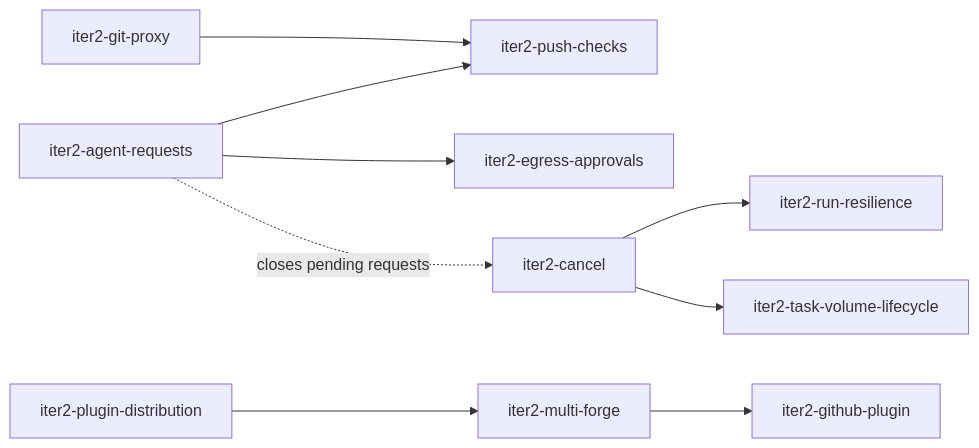
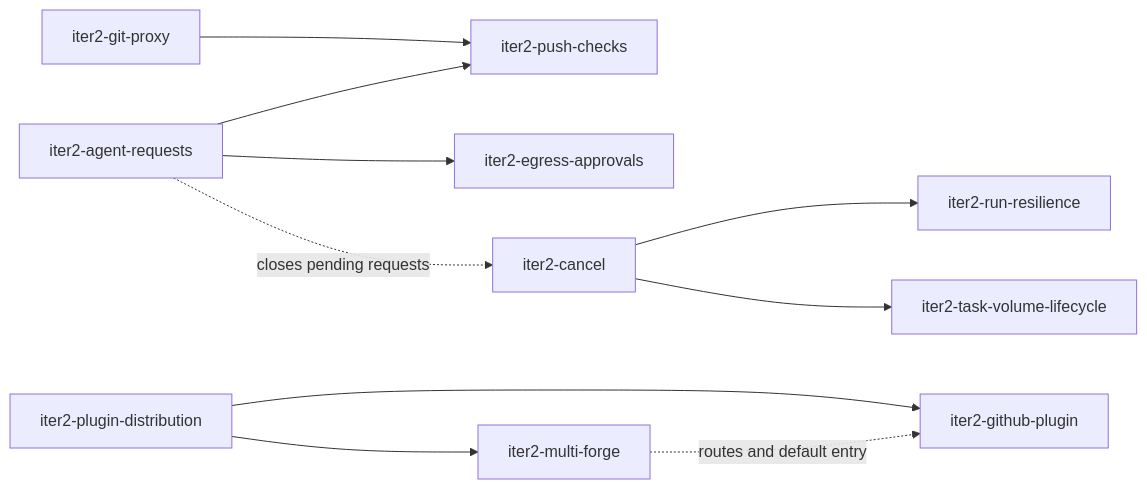
Before and after one commit to prskr/dark-factory: the diagram in product/iterations/iteration-2.md, drawn with Mermaid. The commit also changed other lines of this file and 4 other files, not shown here.

First line of the commit message:
docs(openspec): build the GitHub plugin in parallel to iter2-multi-forge

````diff
--- a/product/iterations/iteration-2.md
+++ b/product/iterations/iteration-2.md
@@ -29,12 +29,13 @@
 ```mermaid
 flowchart LR
   GP[iter2-git-proxy] --> PC[iter2-push-checks]
   AR[iter2-agent-requests] --> PC
   AR --> EA[iter2-egress-approvals]
   CA[iter2-cancel]
   AR -. closes pending requests .-> CA
   CA --> RR[iter2-run-resilience]
   CA --> TV[iter2-task-volume-lifecycle]
   PD[iter2-plugin-distribution] --> MF[iter2-multi-forge]
-  MF --> GH[iter2-github-plugin]
+  PD --> GH[iter2-github-plugin]
+  MF -. routes and default entry .-> GH
 ```
````
